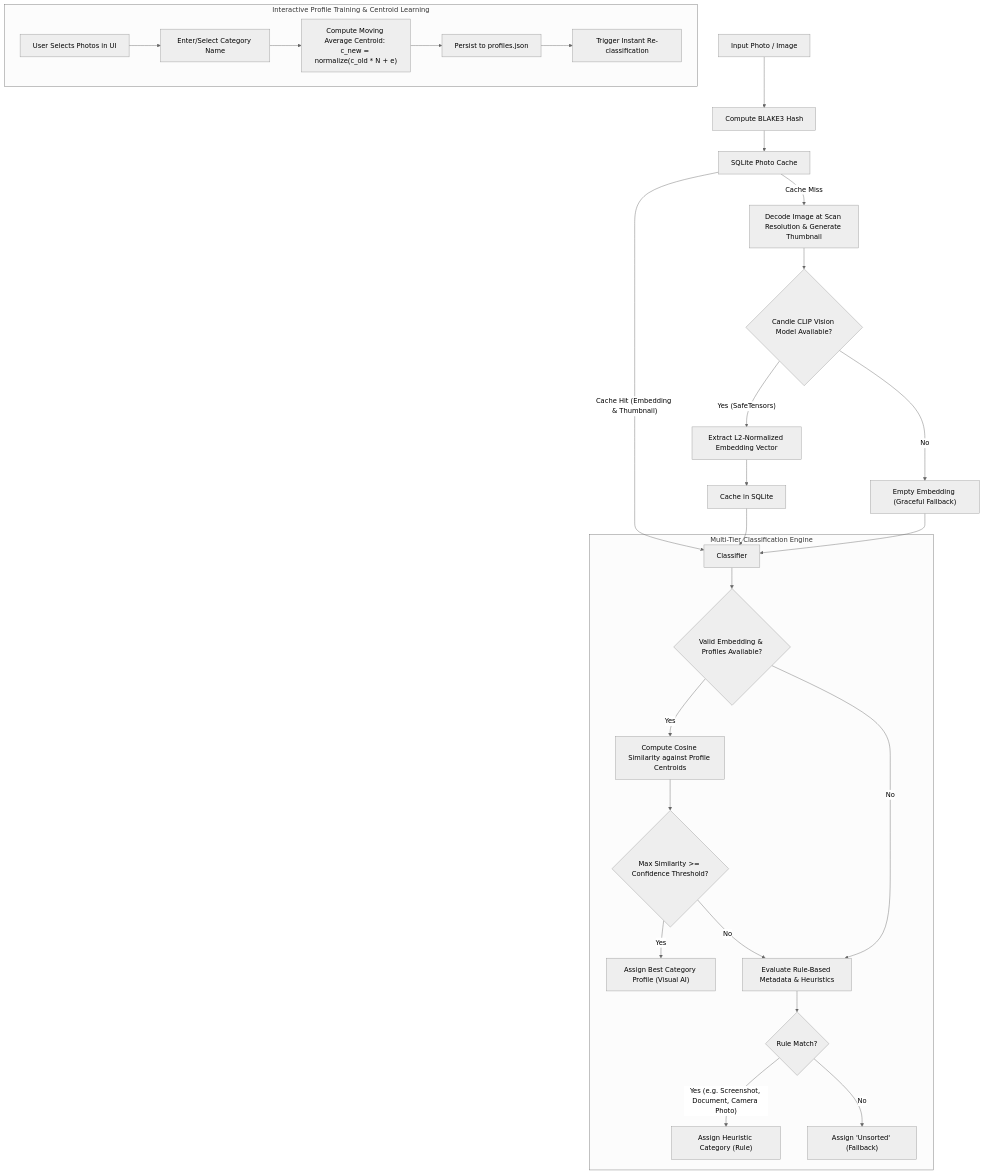
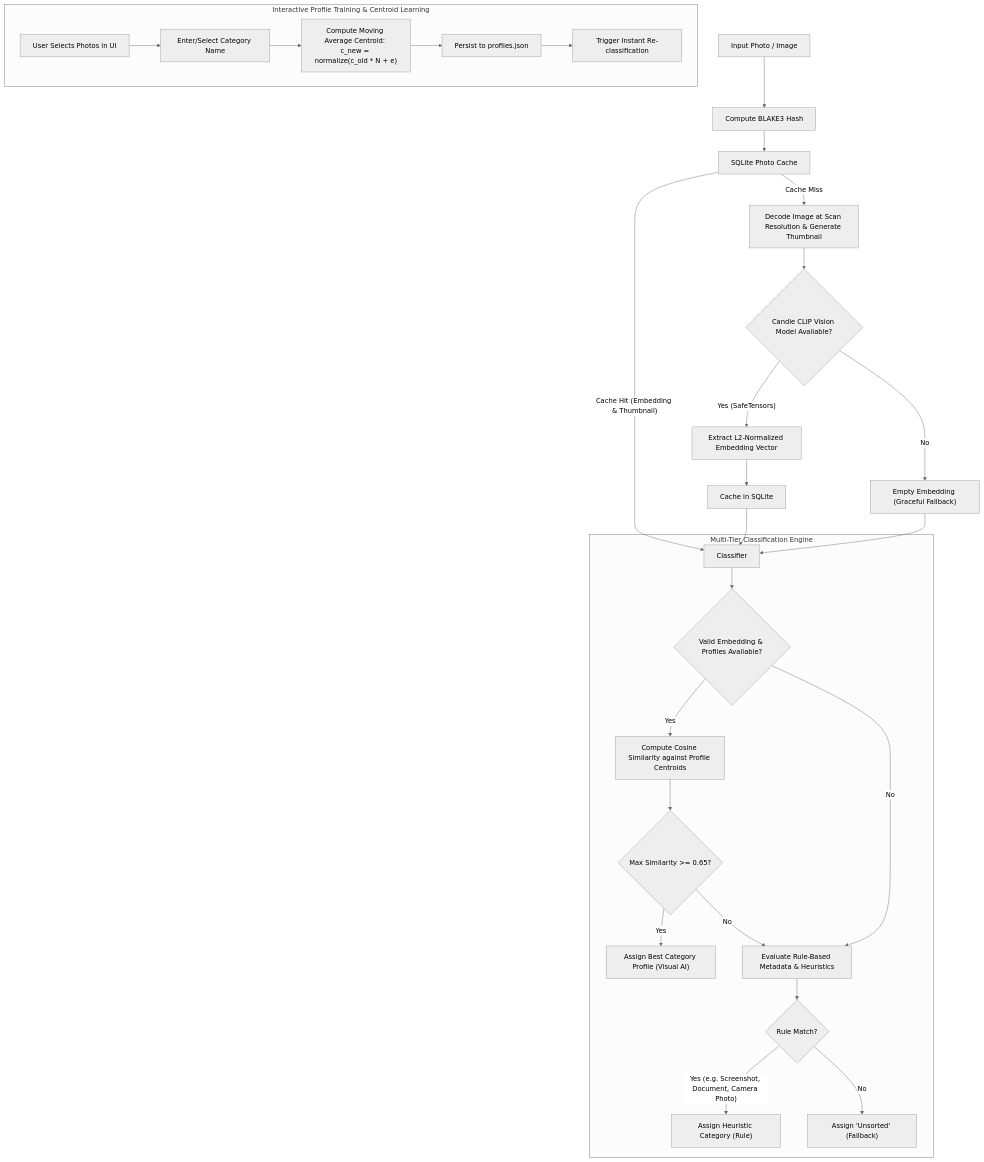
One commit to tsonnen/photo-organizer changed the diagram in docs/classification_pipeline.md. Above: the diagram before and after it, drawn with Mermaid (neutral theme). The commit also changed other lines of this file and 6 other files, not shown here.

Commit message:
Fixed confidence threshold (#36)

````diff
--- a/docs/classification_pipeline.md
+++ b/docs/classification_pipeline.md
@@ -5,32 +5,32 @@
 ```mermaid
 flowchart TD
     A["Input Photo / Image"] --> B["Compute BLAKE3 Hash"]
     B --> C["SQLite Photo Cache"]
     C -->|"Cache Hit (Embedding & Thumbnail)"| G["Classifier"]
     C -->|"Cache Miss"| D["Decode Image at Scan Resolution & Generate Thumbnail"]
     D --> E{"Candle CLIP Vision Model Available?"}
     E -->|"Yes (SafeTensors)"| F1["Extract L2-Normalized Embedding Vector"]
     E -->|"No"| F2["Empty Embedding (Graceful Fallback)"]
     F1 --> F3["Cache in SQLite"]
     F3 --> G
     F2 --> G
 
     subgraph Classifier ["Multi-Tier Classification Engine"]
         G --> H{"Valid Embedding & Profiles Available?"}
         H -->|"Yes"| I["Compute Cosine Similarity against Profile Centroids"]
-        I --> J{"Max Similarity >= Confidence Threshold?"}
+        I --> J{"Max Similarity >= 0.65?"}
         J -->|"Yes"| K["Assign Best Category Profile (Visual AI)"]
         J -->|"No"| L["Evaluate Rule-Based Metadata & Heuristics"]
         H -->|"No"| L
         L --> M{"Rule Match?"}
         M -->|"Yes (e.g. Screenshot, Document, Camera Photo)"| N["Assign Heuristic Category (Rule)"]
         M -->|"No"| O["Assign 'Unsorted' (Fallback)"]
     end
 
     subgraph Training ["Interactive Profile Training & Centroid Learning"]
         P["User Selects Photos in UI"] --> Q["Enter/Select Category Name"]
         Q --> R["Compute Moving Average Centroid: c_new = normalize(c_old * N + e)"]
         R --> S["Persist to profiles.json"]
         S --> T["Trigger Instant Re-classification"]
     end
 ```
````
